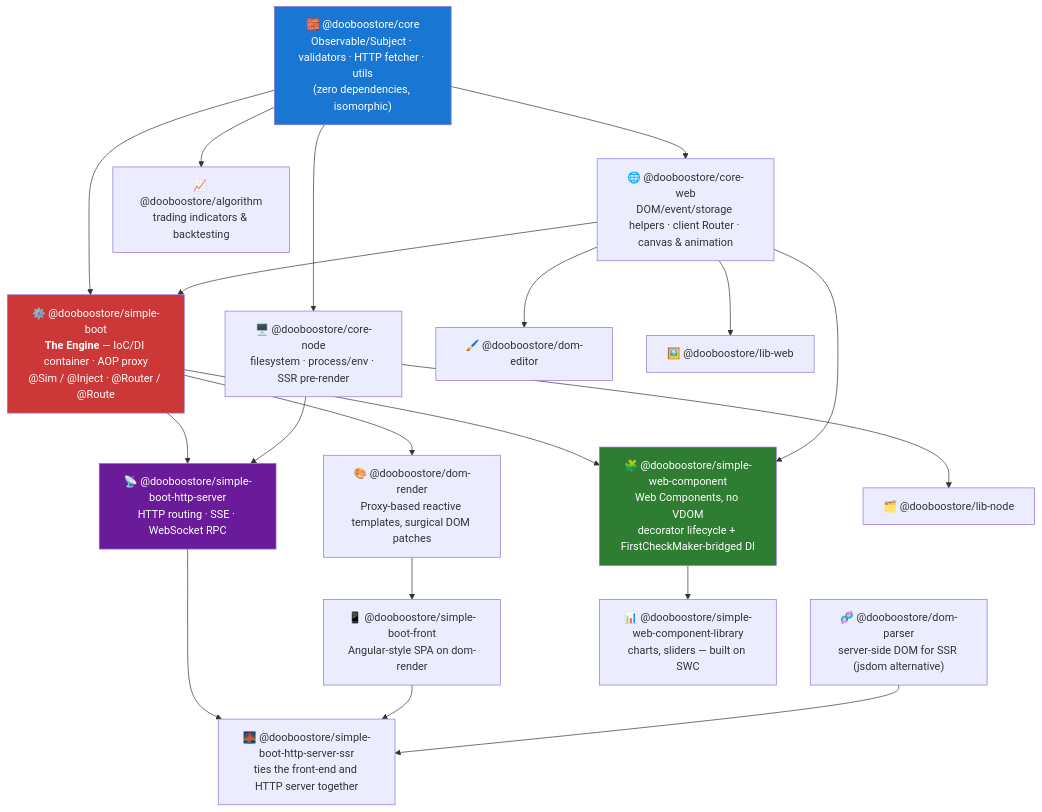
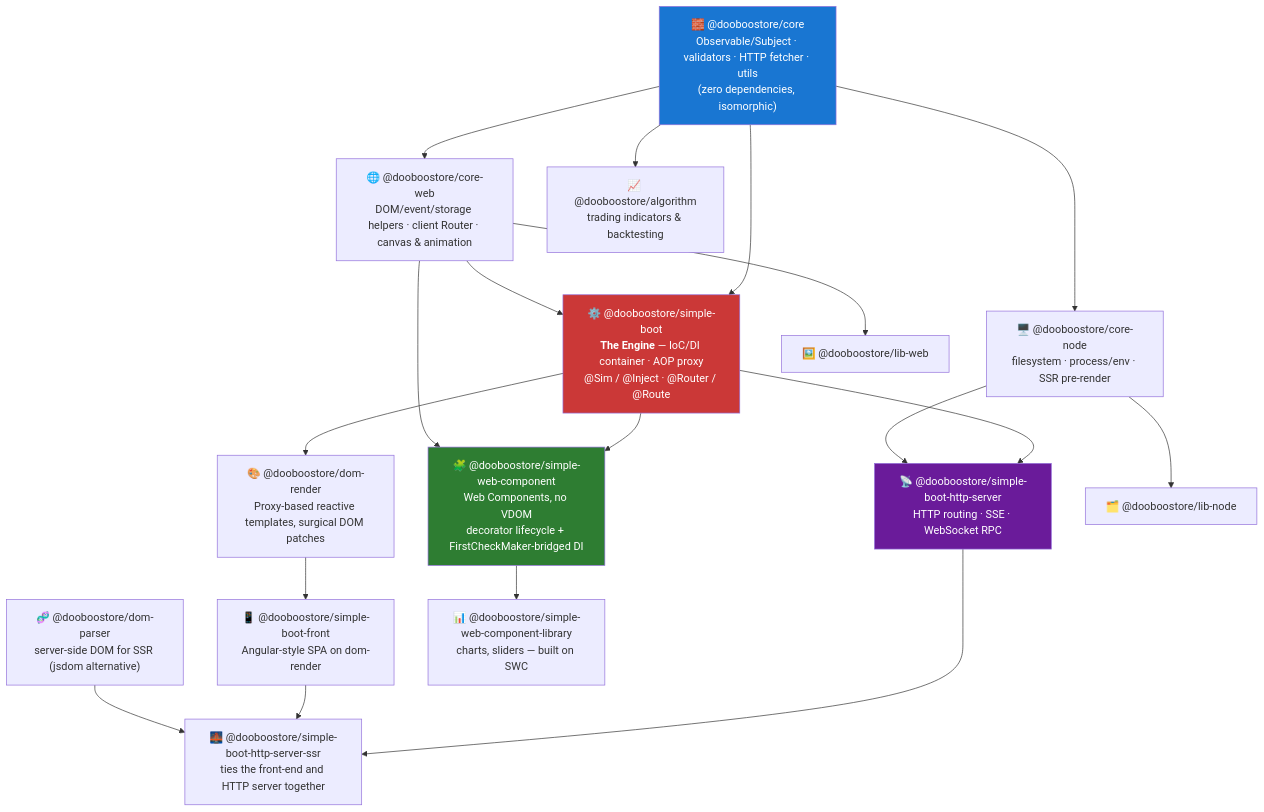
The first of 3 diagrams in README.MD (dooboostore-develop/packages), drawn with Mermaid before and after one commit. The commit also changed other lines of this file and 175 other files, not shown here.

````diff
--- a/README.MD
+++ b/README.MD
@@ -32,50 +32,48 @@
 ```mermaid
 graph TD
     CORE["🧱 @dooboostore/core<br/>Observable/Subject · validators · HTTP fetcher · utils<br/>(zero dependencies, isomorphic)"]
 
     COREWEB["🌐 @dooboostore/core-web<br/>DOM/event/storage helpers · client Router · canvas & animation"]
     CORENODE["🖥️ @dooboostore/core-node<br/>filesystem · process/env · SSR pre-render"]
 
     SIMPLEBOOT["⚙️ @dooboostore/simple-boot<br/><b>The Engine</b> — IoC/DI container · AOP proxy<br/>@Sim / @Inject · @Router / @Route"]
 
     SWC["🧩 @dooboostore/simple-web-component<br/>Web Components, no VDOM<br/>decorator lifecycle + FirstCheckMaker-bridged DI"]
     HTTP["📡 @dooboostore/simple-boot-http-server<br/>HTTP routing · SSE · WebSocket RPC"]
     DOMRENDER["🎨 @dooboostore/dom-render<br/>Proxy-based reactive templates, surgical DOM patches"]
     FRONT["📱 @dooboostore/simple-boot-front<br/>Angular-style SPA on dom-render"]
 
     SSR["🌉 @dooboostore/simple-boot-http-server-ssr<br/>ties the front-end and HTTP server together"]
     DOMPARSER["🧬 @dooboostore/dom-parser<br/>server-side DOM for SSR (jsdom alternative)"]
     SWCLIB["📊 @dooboostore/simple-web-component-library<br/>charts, sliders — built on SWC"]
 
     ALGO["📈 @dooboostore/algorithm<br/>trading indicators & backtesting"]
-    DOMEDITOR["🖌️ @dooboostore/dom-editor"]
     LIBWEB["🖼️ @dooboostore/lib-web"]
     LIBNODE["🗂️ @dooboostore/lib-node"]
 
     CORE --> COREWEB
     CORE --> CORENODE
     CORE --> SIMPLEBOOT
     COREWEB --> SIMPLEBOOT
 
     SIMPLEBOOT --> SWC
     SIMPLEBOOT --> HTTP
     SIMPLEBOOT --> DOMRENDER
     COREWEB --> SWC
     CORENODE --> HTTP
     DOMRENDER --> FRONT
 
     HTTP --> SSR
     FRONT --> SSR
     DOMPARSER --> SSR
     SWC --> SWCLIB
 
     CORE --> ALGO
-    COREWEB --> DOMEDITOR
     COREWEB --> LIBWEB
     CORENODE --> LIBNODE
 
     style CORE fill:#1976d2,color:#fff
     style SIMPLEBOOT fill:#cb3837,color:#fff
     style SWC fill:#2e7d32,color:#fff
     style HTTP fill:#6a1b9a,color:#fff
 ```
````
